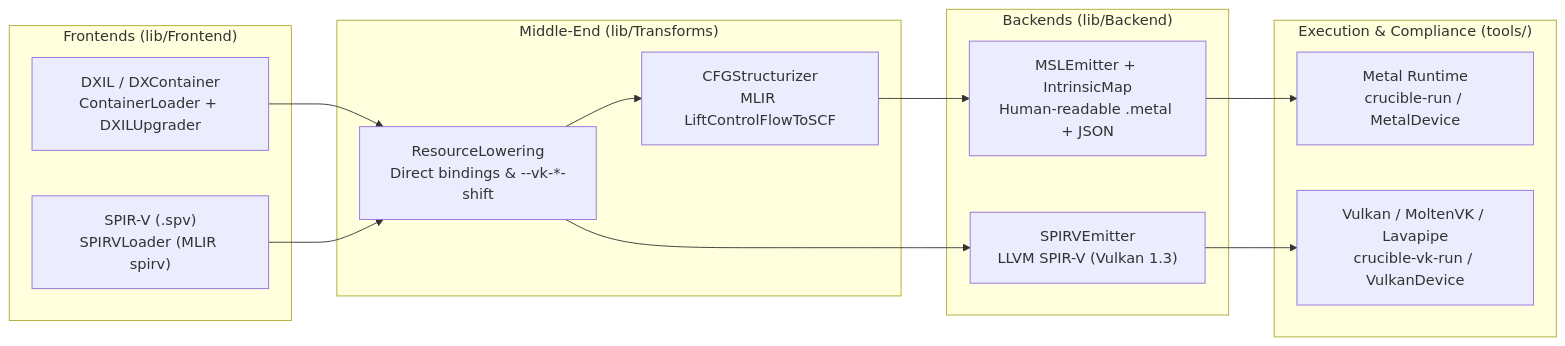
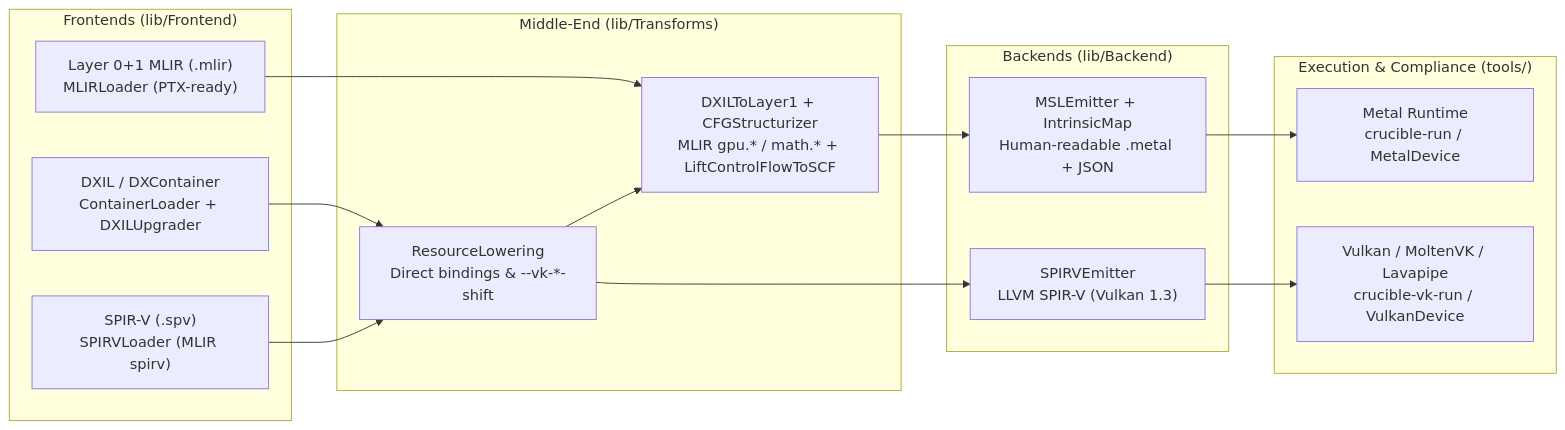
One commit to farzonl/crucible changed the first of 2 diagrams in README.md. Above: the diagram before and after it, drawn with Mermaid. The commit also changed other lines of this file and 1 other file, not shown here.

Commit message:
Add spirv-to-metal conformance CI job and update README (#57)

````diff
--- a/README.md
+++ b/README.md
@@ -41,27 +43,29 @@
 ```mermaid
 flowchart LR
     subgraph Frontends["Frontends (lib/Frontend)"]
         DXIL["DXIL / DXContainer\nContainerLoader + DXILUpgrader"]
         SPVIn["SPIR-V (.spv)\nSPIRVLoader (MLIR spirv)"]
+        MLIRIn["Layer 0+1 MLIR (.mlir)\nMLIRLoader (PTX-ready)"]
     end
 
     subgraph Transforms["Middle-End (lib/Transforms)"]
         Res["ResourceLowering\nDirect bindings & --vk-*-shift"]
-        CFG["CFGStructurizer\nMLIR LiftControlFlowToSCF"]
+        L1["DXILToLayer1 + CFGStructurizer\nMLIR gpu.* / math.* + LiftControlFlowToSCF"]
     end
 
     subgraph Backends["Backends (lib/Backend)"]
         MSL["MSLEmitter + IntrinsicMap\nHuman-readable .metal + JSON"]
         SPVOut["SPIRVEmitter\nLLVM SPIR-V (Vulkan 1.3)"]
     end
 
     subgraph Runners["Execution & Compliance (tools/)"]
         Metal["Metal Runtime\ncrucible-run / MetalDevice"]
         Vulkan["Vulkan / MoltenVK / Lavapipe\ncrucible-vk-run / VulkanDevice"]
     end
 
     DXIL --> Res
     SPVIn --> Res
-    Res --> CFG --> MSL --> Metal
+    MLIRIn --> L1
+    Res --> L1 --> MSL --> Metal
     Res --> SPVOut --> Vulkan
 ```
````
